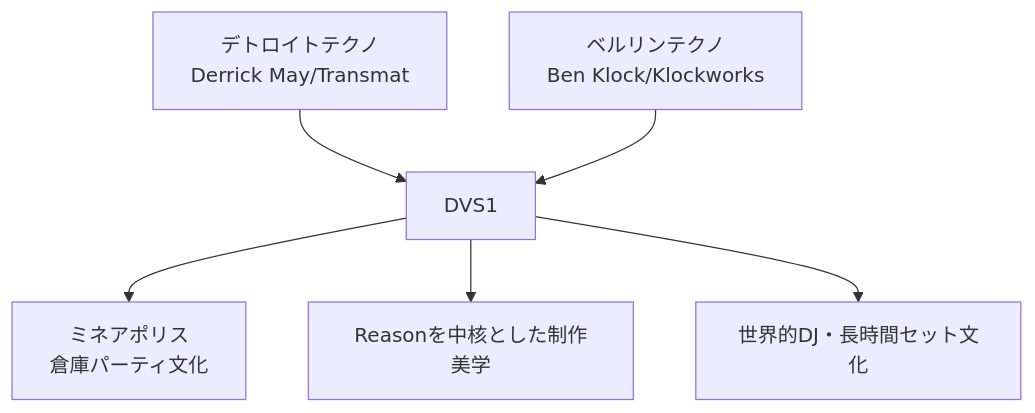
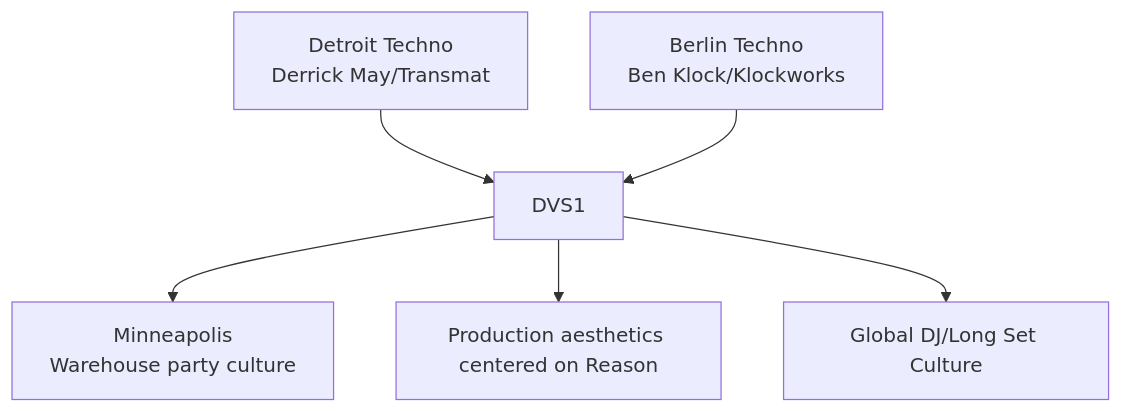
One commit to monumental-movement/monumental-movement.github.io changed the diagram in en/_posts/2025-11-18-column-dvs1.md. Above: the diagram before and after it, drawn with Mermaid. The commit also changed other lines of this file and 801 other files, not shown here.

```diff
--- a/en/_posts/2025-11-18-column-dvs1.md
+++ b/en/_posts/2025-11-18-column-dvs1.md
@@ -248,10 +249,10 @@
 <div class="mermaid">
 
 graph TD
-A[デトロイトテクノ<br>Derrick May/Transmat] --> C[DVS1]
-B[ベルリンテクノ<br>Ben Klock/Klockworks] --> C
-C --> D[ミネアポリス<br>倉庫パーティ文化]
-C --> E[Reasonを中核とした制作美学]
-C --> F[世界的DJ・長時間セット文化]
+A[Detroit Techno<br>Derrick May/Transmat] --> C[DVS1]
+B[Berlin Techno<br>Ben Klock/Klockworks] --> C
+C --> D[Minneapolis<br>Warehouse party culture]
+C --> E[Production aesthetics centered on Reason]
+C --> F[Global DJ/Long Set Culture]
 
 </div>
```
